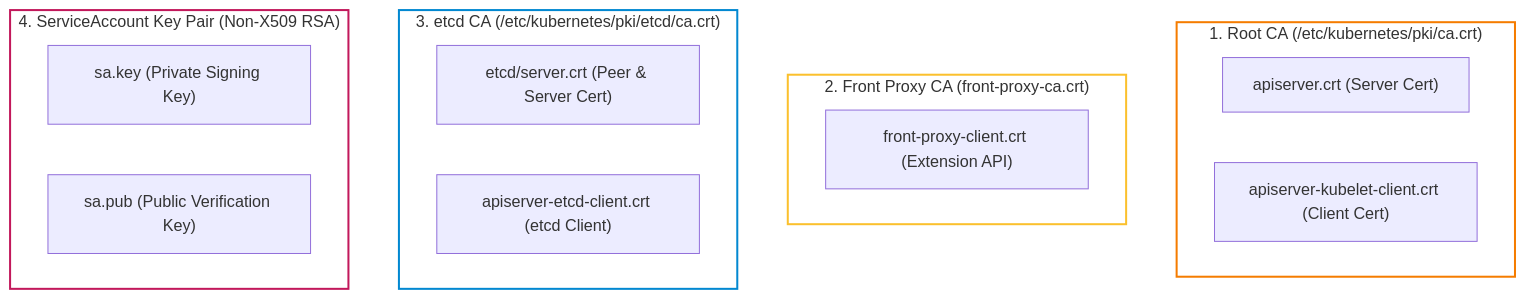
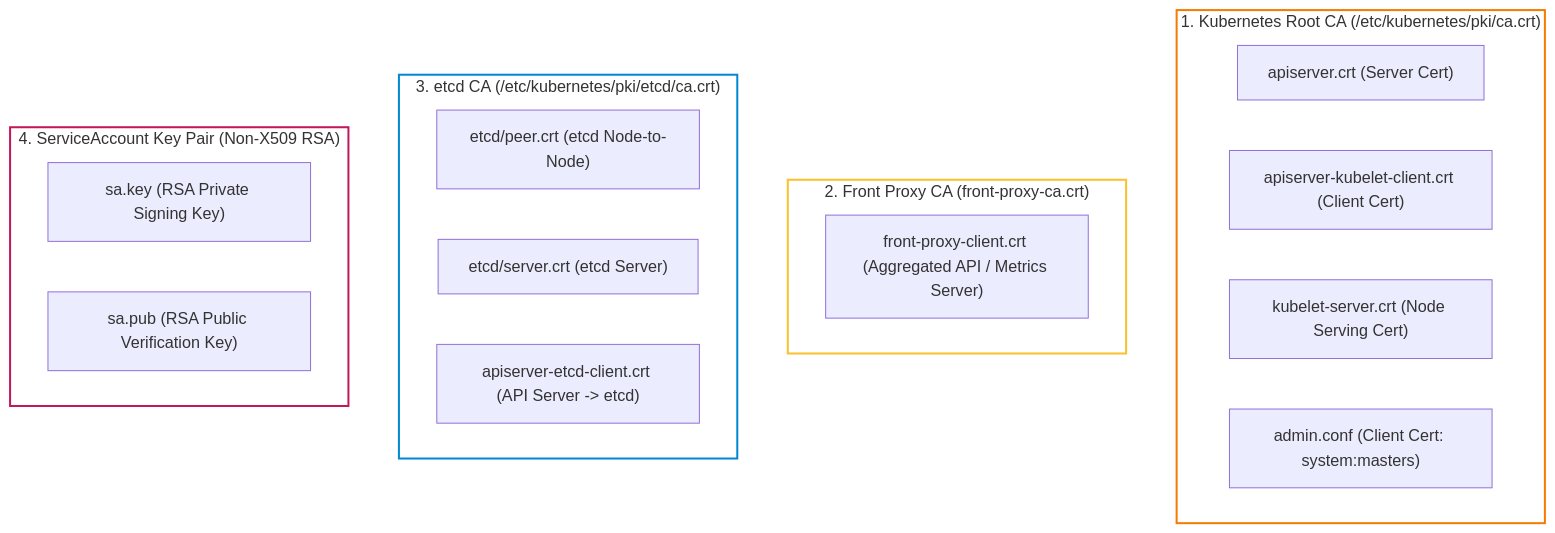
Before and after one commit to kiennt308/ntk: the first of 4 diagrams in _posts/2026-09-12-cka-07-07-chung-chi-pki-va-kubeconfig.md, drawn with Mermaid. The commit also changed other lines of this file and 39 other files, not shown here.

````diff
--- a/_posts/2026-09-12-cka-07-07-chung-chi-pki-va-kubeconfig.md
+++ b/_posts/2026-09-12-cka-07-07-chung-chi-pki-va-kubeconfig.md
@@ -119,26 +51,29 @@
 ```mermaid
-graph TD
-    subgraph Root_CA ["1. Root CA (/etc/kubernetes/pki/ca.crt)"]
+flowchart TD
+    subgraph Root_CA ["1. Kubernetes Root CA (/etc/kubernetes/pki/ca.crt)"]
         API_SERVER["apiserver.crt (Server Cert)"]
         KUBELET_CLIENT["apiserver-kubelet-client.crt (Client Cert)"]
+        KUBELET_SERVER["kubelet-server.crt (Node Serving Cert)"]
+        ADMIN_CLIENT["admin.conf (Client Cert: system:masters)"]
     end
 
     subgraph Front_Proxy_CA ["2. Front Proxy CA (front-proxy-ca.crt)"]
-        FRONT_CLIENT["front-proxy-client.crt (Extension API)"]
+        FRONT_CLIENT["front-proxy-client.crt (Aggregated API / Metrics Server)"]
     end
 
     subgraph ETCD_CA ["3. etcd CA (/etc/kubernetes/pki/etcd/ca.crt)"]
-        ETCD_SERVER["etcd/server.crt (Peer & Server Cert)"]
-        APISERVER_ETCD["apiserver-etcd-client.crt (etcd Client)"]
+        ETCD_PEER["etcd/peer.crt (etcd Node-to-Node)"]
+        ETCD_SERVER["etcd/server.crt (etcd Server)"]
+        APISERVER_ETCD["apiserver-etcd-client.crt (API Server -> etcd)"]
     end
 
     subgraph SA_Keys ["4. ServiceAccount Key Pair (Non-X509 RSA)"]
-        SA_KEY["sa.key (Private Signing Key)"]
-        SA_PUB["sa.pub (Public Verification Key)"]
+        SA_KEY["sa.key (RSA Private Signing Key)"]
+        SA_PUB["sa.pub (RSA Public Verification Key)"]
     end
 
     style Root_CA fill:none,stroke:#f57c00,stroke-width:2px
     style Front_Proxy_CA fill:none,stroke:#fbc02d,stroke-width:2px
     style ETCD_CA fill:none,stroke:#0288d1,stroke-width:2px
     style SA_Keys fill:none,stroke:#c2185b,stroke-width:2px
 ```
````
